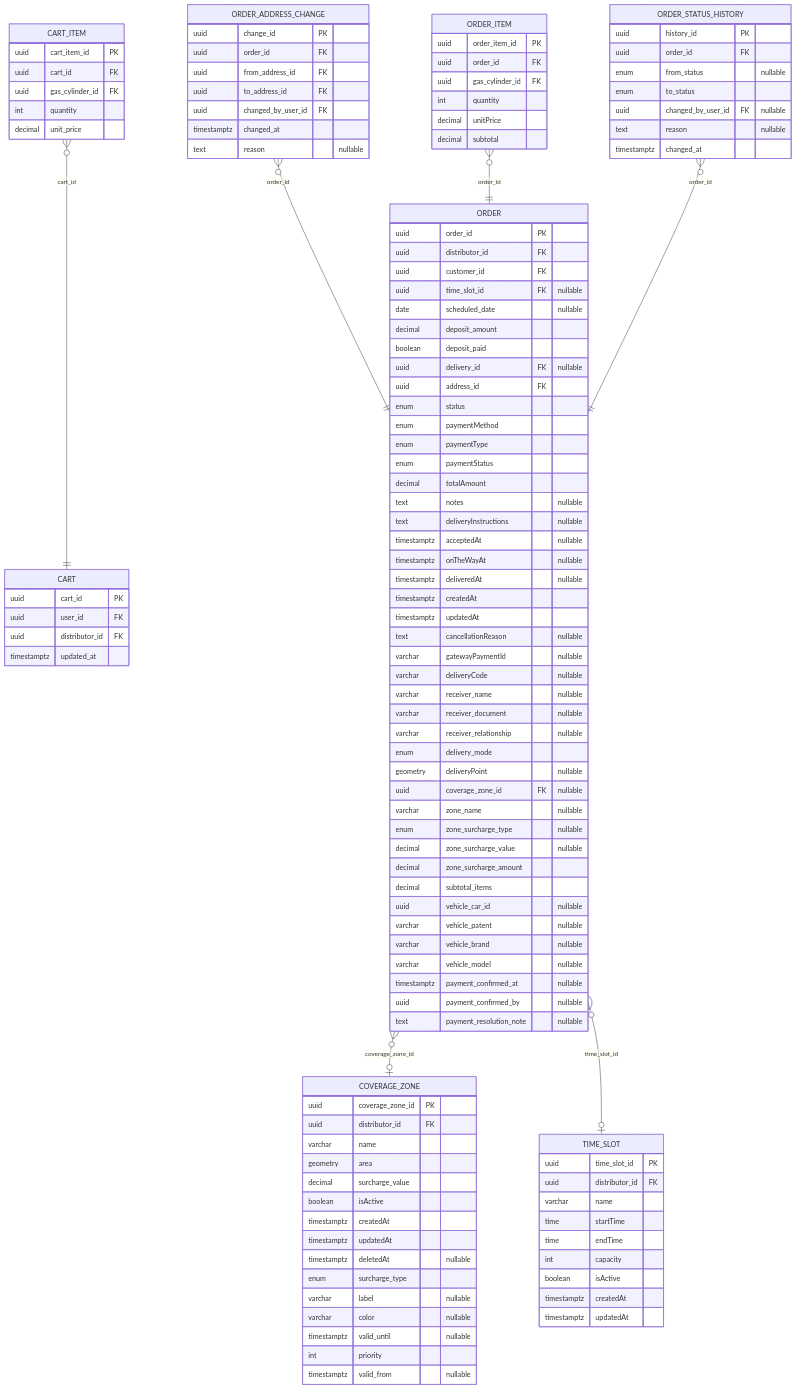
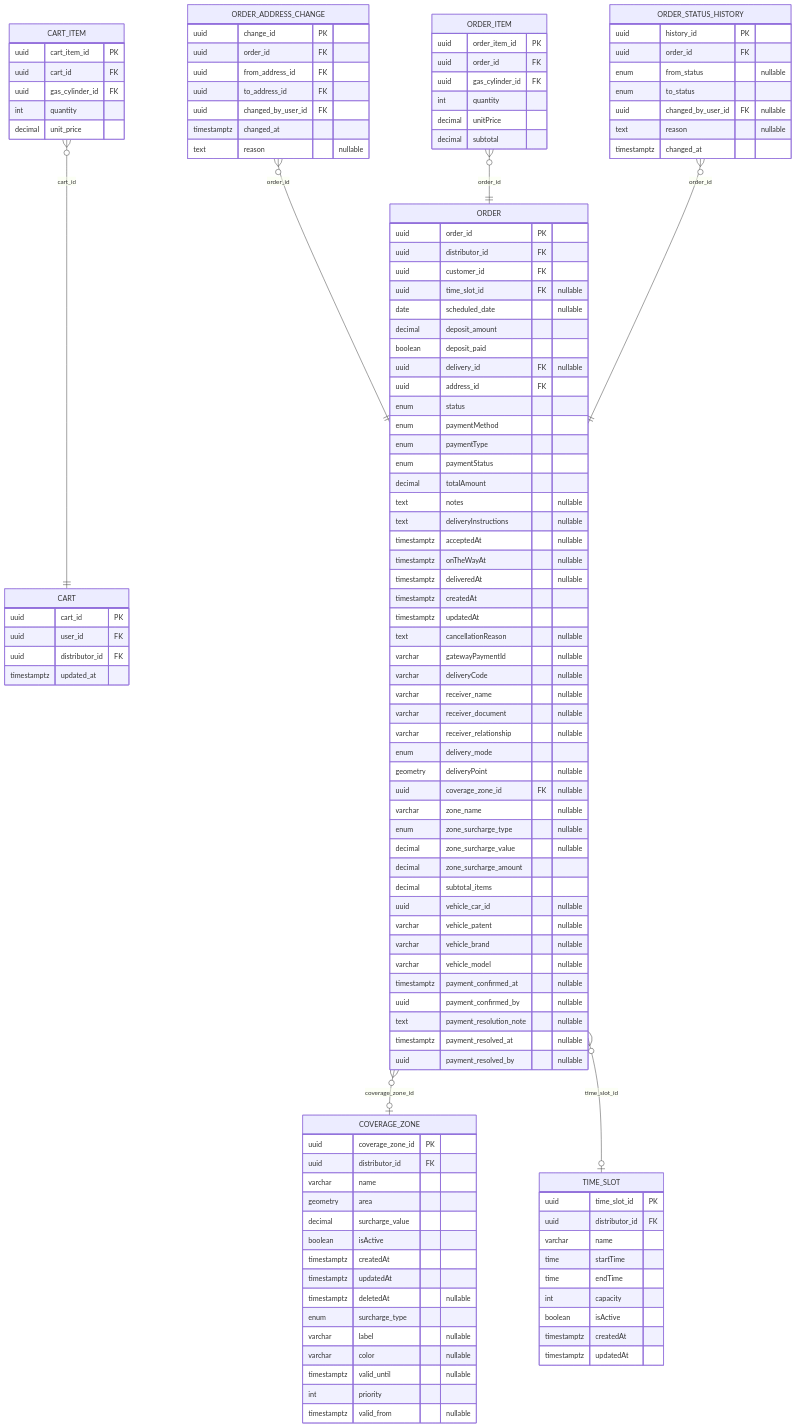
The fourth of 15 diagrams in diagramas/base-de-datos/SPLG-der-mermaid.md (Nahuelito-Dev/splg-docs), drawn with Mermaid before and after one commit. The commit also changed other lines of this file and 245 other files, not shown here.

```diff
--- a/diagramas/base-de-datos/SPLG-der-mermaid.md
+++ b/diagramas/base-de-datos/SPLG-der-mermaid.md
@@ -347,6 +348,8 @@
         timestamptz payment_confirmed_at "nullable"
         uuid payment_confirmed_by "nullable"
         text payment_resolution_note "nullable"
+        timestamptz payment_resolved_at "nullable"
+        uuid payment_resolved_by "nullable"
     }
     ORDER_ADDRESS_CHANGE {
         uuid change_id PK
```
